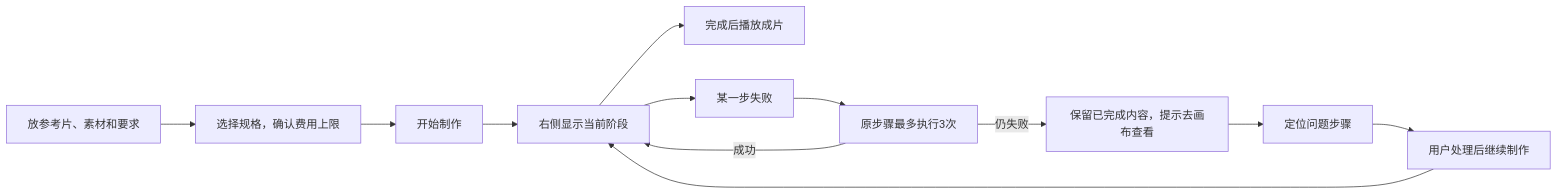
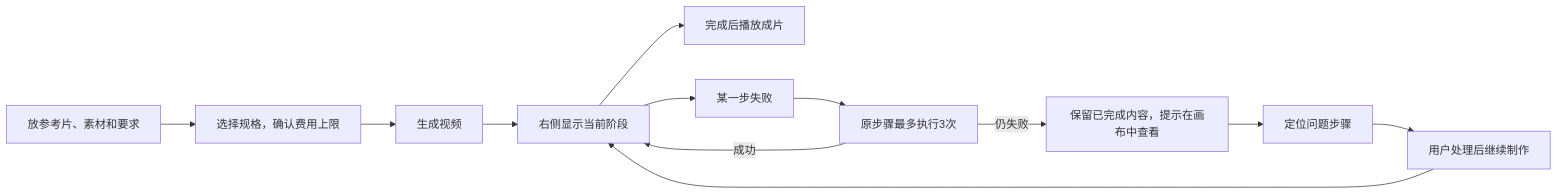
The diagram in docs/studio-video-workflow-redesign.md (pokocat/AIStarEcosystem), drawn with Mermaid before and after one commit. The commit also changed other lines of this file and 33 other files, not shown here.

````diff
--- a/docs/studio-video-workflow-redesign.md
+++ b/docs/studio-video-workflow-redesign.md
@@ -35,14 +35,14 @@
 ```mermaid
 flowchart LR
     A[放参考片、素材和要求] --> B[选择规格，确认费用上限]
-    B --> C[开始制作]
+    B --> C[生成视频]
     C --> D[右侧显示当前阶段]
     D --> E[完成后播放成片]
     D --> F[某一步失败]
     F --> G[原步骤最多执行3次]
     G -->|成功| D
-    G -->|仍失败| H[保留已完成内容，提示去画布查看]
+    G -->|仍失败| H[保留已完成内容，提示在画布中查看]
     H --> I[定位问题步骤]
     I --> J[用户处理后继续制作]
     J --> D
 ```
````
